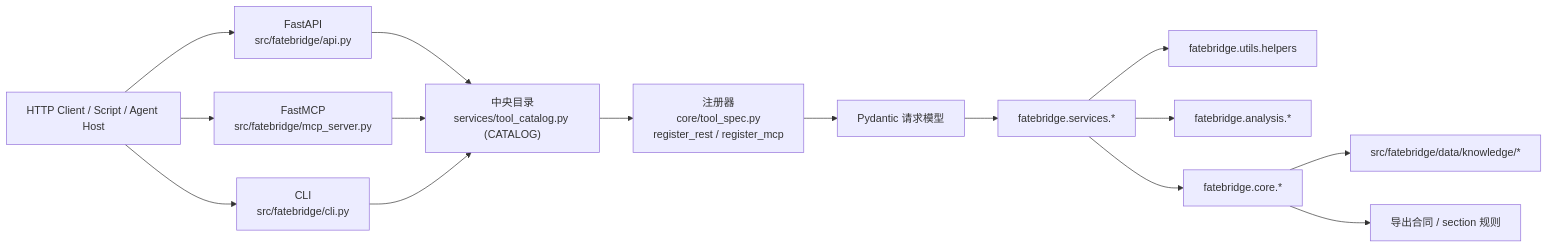
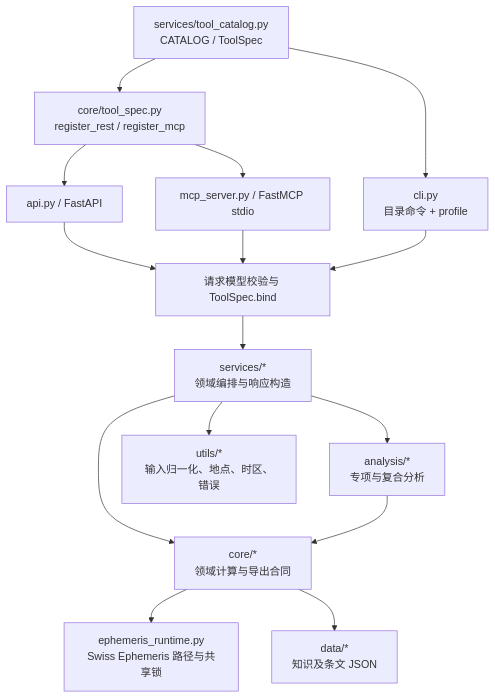
One commit to Yonder-Lab/FateBridge changed the first of 2 diagrams in docs/architecture.md. Above: the diagram before and after it, drawn with Mermaid. The commit also changed other lines of this file and 28 other files, not shown here.

Commit message:
Update tool catalog and snapshot documentation

````diff
--- a/docs/architecture.md
+++ b/docs/architecture.md
@@ -7,22 +7,17 @@
 ```mermaid
-flowchart LR
-    Client["HTTP Client / Script / Agent Host"] --> REST["FastAPI<br/>src/fatebridge/api.py"]
-    Client --> MCP["FastMCP<br/>src/fatebridge/mcp_server.py"]
-    Client --> CLI["CLI<br/>src/fatebridge/cli.py"]
-
-    REST --> Catalog["中央目录<br/>services/tool_catalog.py (CATALOG)"]
-    MCP --> Catalog
-    CLI --> Catalog
-
-    Catalog --> Reg["注册器<br/>core/tool_spec.py<br/>register_rest / register_mcp"]
-    Reg --> Models["Pydantic 请求模型"]
-
-    Models --> Services["fatebridge.services.*"]
-
-    Services --> Helpers["fatebridge.utils.helpers"]
-    Services --> Analysis["fatebridge.analysis.*"]
-    Services --> Core["fatebridge.core.*"]
-
-    Core --> Bundles["src/fatebridge/data/knowledge/*"]
-    Core --> Contracts["导出合同 / section 规则"]
+flowchart TD
+    Catalog["services/tool_catalog.py<br/>CATALOG / ToolSpec"] --> Registrar["core/tool_spec.py<br/>register_rest / register_mcp"]
+    Catalog --> CLI["cli.py<br/>目录命令 + profile"]
+    Registrar --> REST["api.py / FastAPI"]
+    Registrar --> MCP["mcp_server.py / FastMCP stdio"]
+    REST --> Bind["请求模型校验与 ToolSpec.bind"]
+    MCP --> Bind
+    CLI --> Bind
+    Bind --> Services["services/*<br/>领域编排与响应构造"]
+    Services --> Analysis["analysis/*<br/>专项与复合分析"]
+    Services --> Core["core/*<br/>领域计算与导出合同"]
+    Services --> Utils["utils/*<br/>输入归一化、地点、时区、错误"]
+    Core --> Ephe["ephemeris_runtime.py<br/>Swiss Ephemeris 路径与共享锁"]
+    Core --> Data["data/*<br/>知识及条文 JSON"]
+    Analysis --> Core
 ```
````
